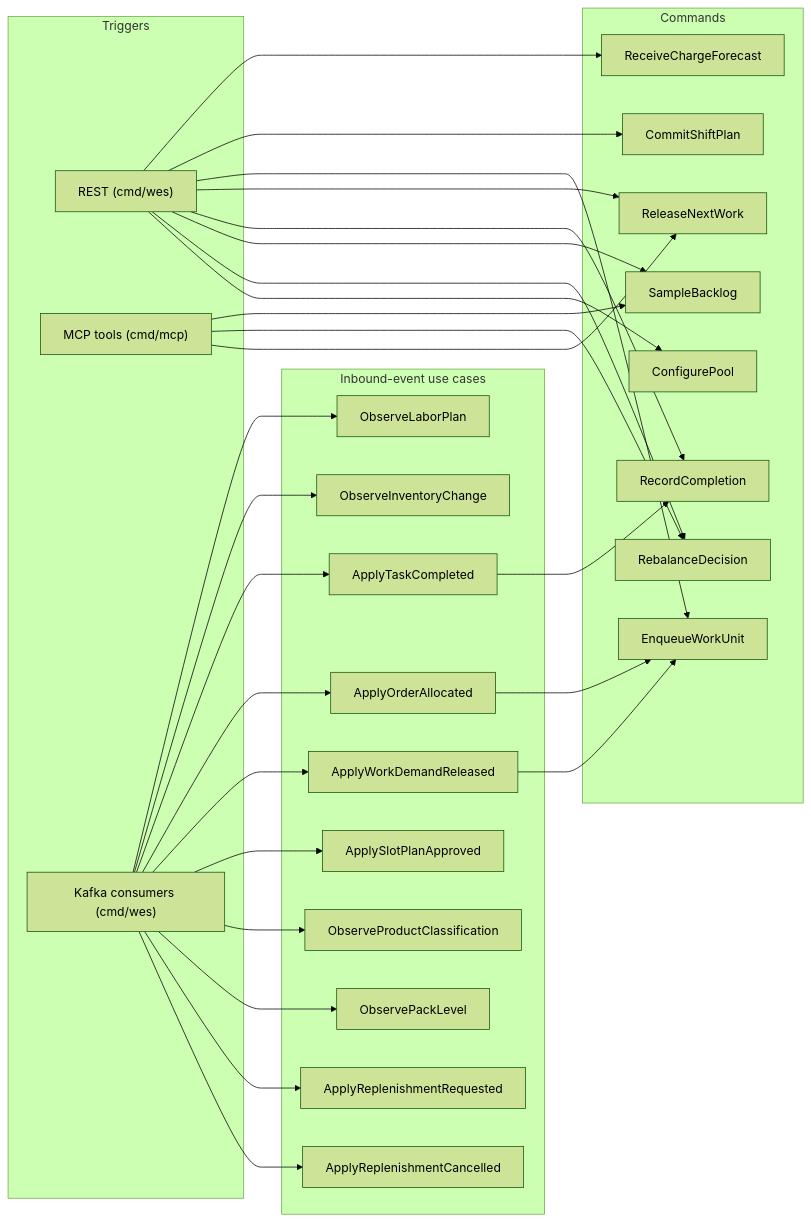
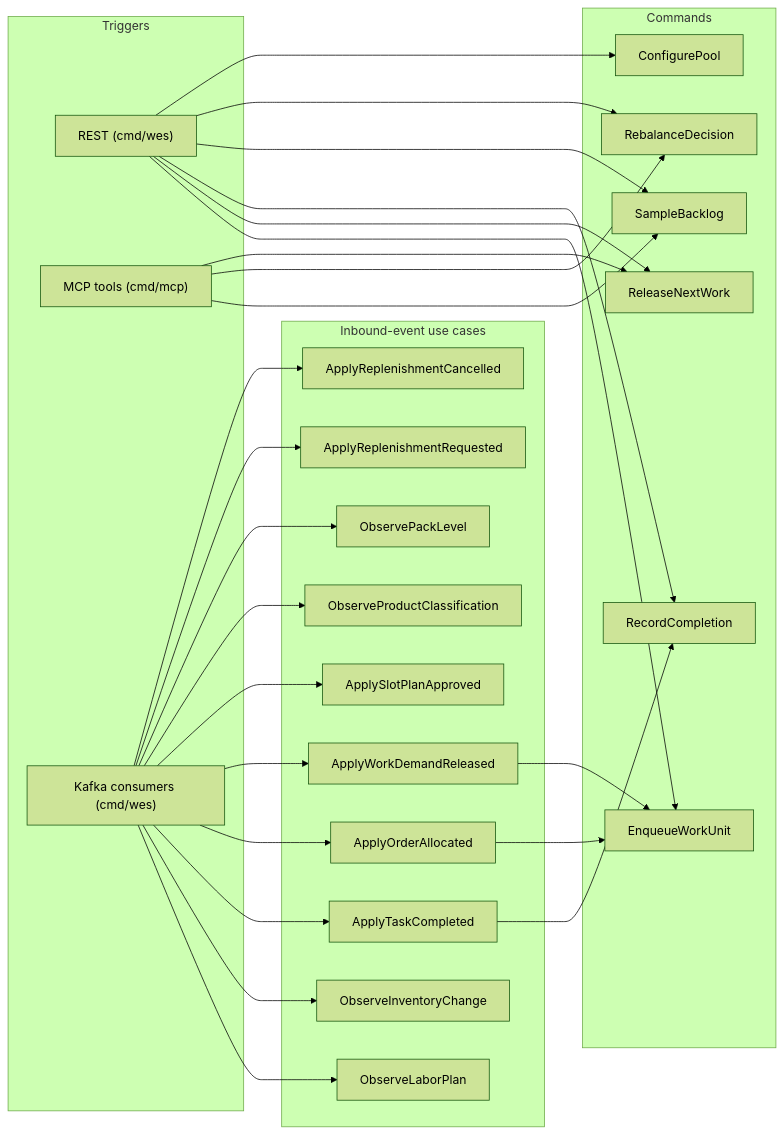
Before and after one commit to IQVO/wes-work-planning: the diagram in docs/docs/ddd/use-cases.md, drawn with Mermaid (forest theme). The commit also changed other lines of this file and 9 other files, not shown here.

````diff
--- a/docs/docs/ddd/use-cases.md
+++ b/docs/docs/ddd/use-cases.md
@@ -17,54 +17,50 @@
 ```mermaid
 flowchart LR
     subgraph triggers["Triggers"]
         REST["REST (cmd/wes)"]
         MCP["MCP tools (cmd/mcp)"]
         KAFKA["Kafka consumers (cmd/wes)"]
     end
     subgraph commands["Commands"]
-        RCF["ReceiveChargeForecast"]
-        CSP["CommitShiftPlan"]
         EWU["EnqueueWorkUnit"]
         RNW["ReleaseNextWork"]
         RC["RecordCompletion"]
         SB["SampleBacklog"]
         RD["RebalanceDecision"]
         CP["ConfigurePool"]
     end
     subgraph inbound["Inbound-event use cases"]
         OLP["ObserveLaborPlan"]
         OIC["ObserveInventoryChange"]
         ATC["ApplyTaskCompleted"]
         AOA["ApplyOrderAllocated"]
         AWD["ApplyWorkDemandReleased"]
         ASP["ApplySlotPlanApproved"]
         OPC["ObserveProductClassification"]
         OPL["ObservePackLevel"]
         ARR["ApplyReplenishmentRequested"]
         ARC["ApplyReplenishmentCancelled"]
     end
-    REST --> RCF
-    REST --> CSP
     REST --> EWU
     REST --> RNW
     REST --> RC
     REST --> SB
     REST --> RD
     REST --> CP
     MCP --> SB
     MCP --> RD
     MCP --> RNW
     KAFKA --> OLP
     KAFKA --> OIC
     KAFKA --> ATC
     KAFKA --> AOA
     KAFKA --> AWD
     KAFKA --> ASP
     KAFKA --> OPC
     KAFKA --> OPL
     KAFKA --> ARR
     KAFKA --> ARC
     ATC --> RC
     AOA --> EWU
     AWD --> EWU
 ```
````
